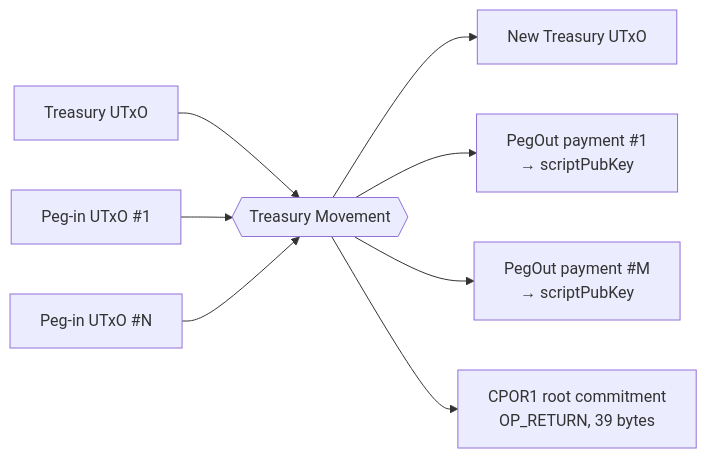
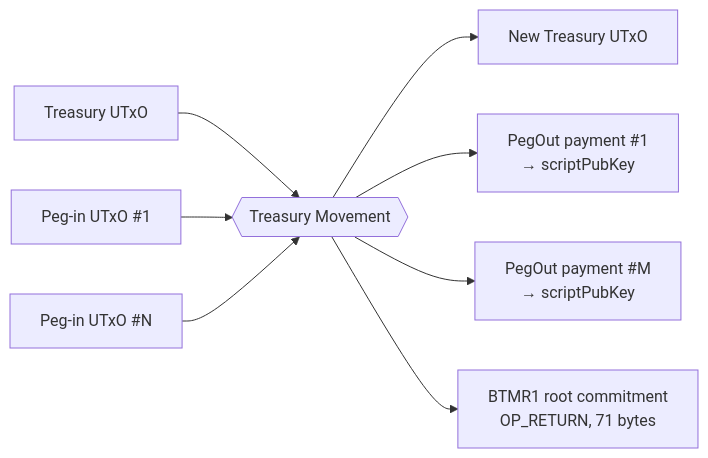
One commit to rssh/ft-bifrost-bridge changed diagram 12 of 20 in documentation/technical_documentation.md. Above: the diagram before and after it, drawn with Mermaid. The commit also changed other lines of this file, not shown here.

````diff
--- a/documentation/technical_documentation.md
+++ b/documentation/technical_documentation.md
@@ -1907,10 +2214,10 @@
 ```mermaid
 flowchart LR
   tres_in["Treasury UTxO"] --> tx{{"Treasury Movement"}}
   pin1["Peg-in UTxO #1"] --> tx
   pinN["Peg-in UTxO #N"] --> tx
   tx --> tres_out["New Treasury UTxO<br/>"]
   tx --> pay1["PegOut payment #1<br/>→ scriptPubKey"]
   tx --> payM["PegOut payment #M<br/>→ scriptPubKey"]
-  tx --> commit["CPOR1 root commitment<br/>OP_RETURN, 39 bytes"]
+  tx --> commit["BTMR1 root commitment<br/>OP_RETURN, 71 bytes"]
 ```
````
